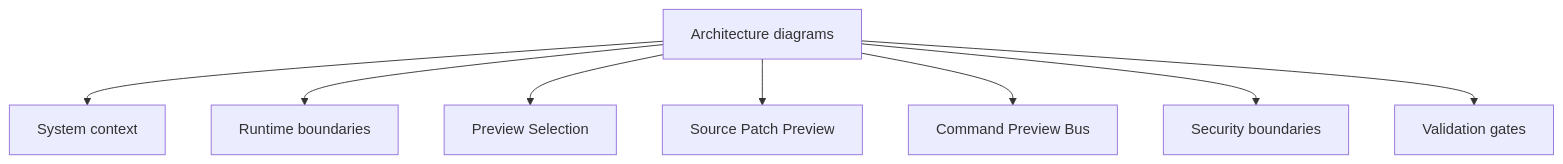
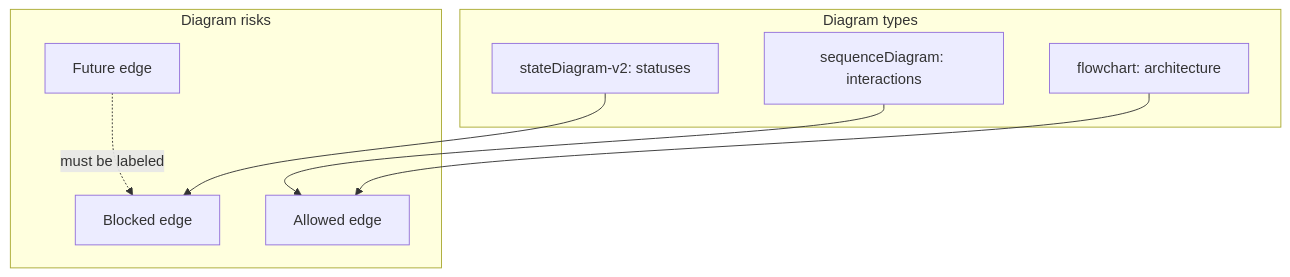
The diagram in docs/architecture/diagrams/README.md (krestosa/Crystal), drawn with Mermaid before and after one commit. The commit also changed other lines of this file and 21 other files, not shown here.

Commit message:
Add richer architecture diagrams and state flows

````diff
--- a/docs/architecture/diagrams/README.md
+++ b/docs/architecture/diagrams/README.md
@@ -13,10 +64,19 @@
 ```mermaid
 flowchart TD
-  Diagrams[Architecture diagrams] --> Context[System context]
-  Diagrams --> Runtime[Runtime boundaries]
-  Diagrams --> Selection[Preview Selection]
-  Diagrams --> Patch[Source Patch Preview]
-  Diagrams --> Bus[Command Preview Bus]
-  Diagrams --> Security[Security boundaries]
-  Diagrams --> Validation[Validation gates]
+  subgraph DiagramTypes[Diagram types]
+    Context[flowchart: architecture]
+    Sequence[sequenceDiagram: interactions]
+    State[stateDiagram-v2: statuses]
+  end
+
+  subgraph Risks[Diagram risks]
+    Future[Future edge]
+    Blocked[Blocked edge]
+    Allowed[Allowed edge]
+  end
+
+  Context --> Allowed
+  Sequence --> Allowed
+  State --> Blocked
+  Future -. must be labeled .-> Blocked
 ```
````
